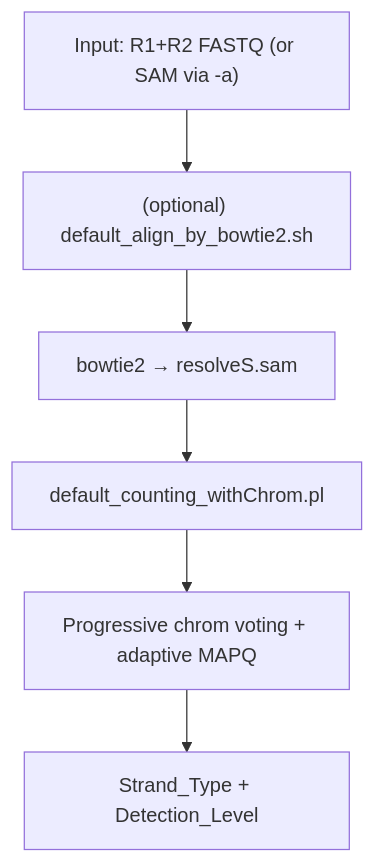
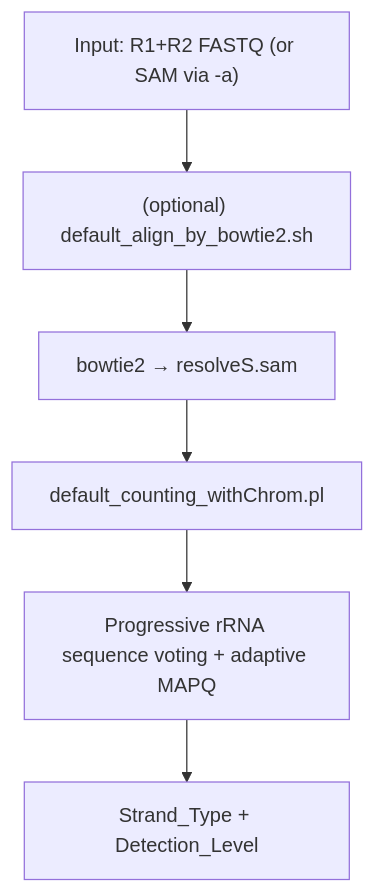
The first of 4 diagrams in README.md (yudalang3/resolveS), drawn with Mermaid before and after one commit. The commit also changed other lines of this file and 7 other files, not shown here.

Commit message:
refactor: migrate detection logic from chromosome-based to rRNA-sequence-based, update adaptive MAPQ thresholds to 1, and add supporting scripts.

````diff
--- a/README.md
+++ b/README.md
@@ -209,8 +209,8 @@
 ```mermaid
 flowchart TD
     A["Input: R1+R2 FASTQ (or SAM via -a)"] --> B["(optional) default_align_by_bowtie2.sh"]
     B --> C["bowtie2 → resolveS.sam"]
     C --> D["default_counting_withChrom.pl"]
-    D --> E["Progressive chrom voting + adaptive MAPQ"]
+    D --> E["Progressive rRNA sequence voting + adaptive MAPQ"]
     E --> F["Strand_Type + Detection_Level"]
 ```
````
